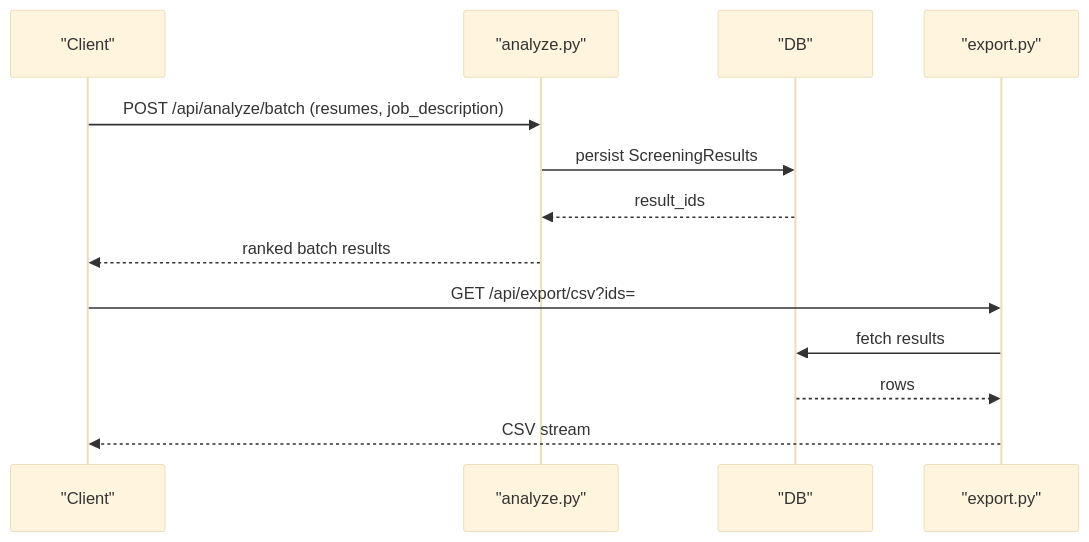
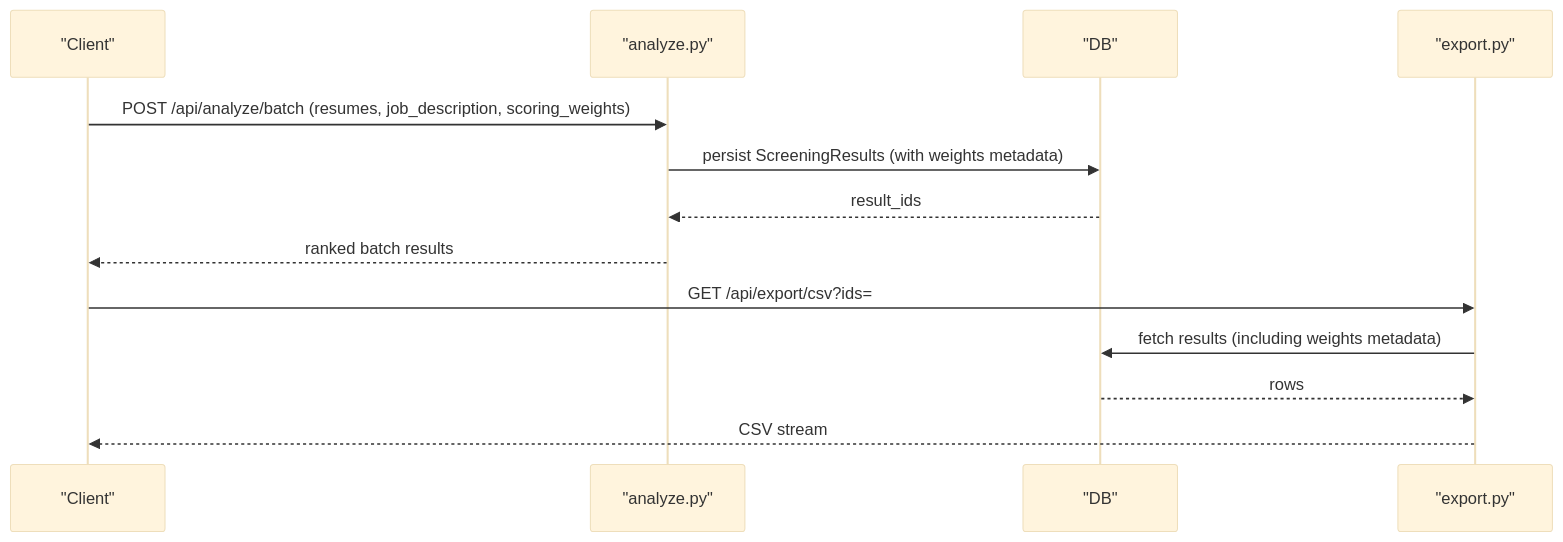
One commit to Revanththetalogics/aireume changed the tenth of 11 diagrams in .qoder/repowiki/en/content/Candidate Management/Candidate Management.md. Above: the diagram before and after it, drawn with Mermaid (base theme). The commit also changed other lines of this file and 20 other files, not shown here.

````diff
--- a/.qoder/repowiki/en/content/Candidate Management/Candidate Management.md
+++ b/.qoder/repowiki/en/content/Candidate Management/Candidate Management.md
@@ -351,15 +450,15 @@
 ```mermaid
 sequenceDiagram
 participant Client as "Client"
 participant Route as "analyze.py"
 participant DB as "DB"
 participant Export as "export.py"
-Client->>Route : POST /api/analyze/batch (resumes, job_description)
-Route->>DB : persist ScreeningResults
+Client->>Route : POST /api/analyze/batch (resumes, job_description, scoring_weights)
+Route->>DB : persist ScreeningResults (with weights metadata)
 DB-->>Route : result_ids
 Route-->>Client : ranked batch results
 Client->>Export : GET /api/export/csv?ids=
-Export->>DB : fetch results
+Export->>DB : fetch results (including weights metadata)
 DB-->>Export : rows
 Export-->>Client : CSV stream
 ```
````
